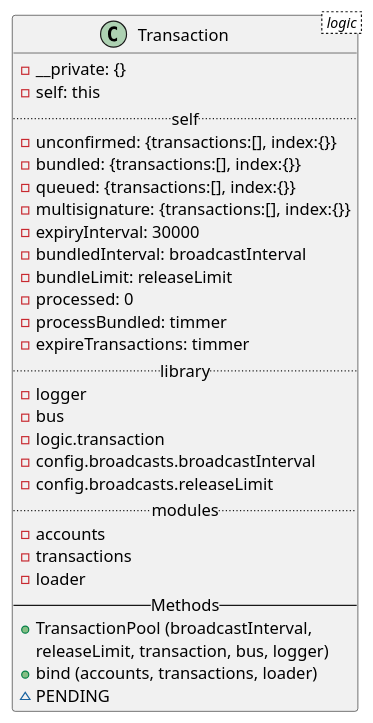
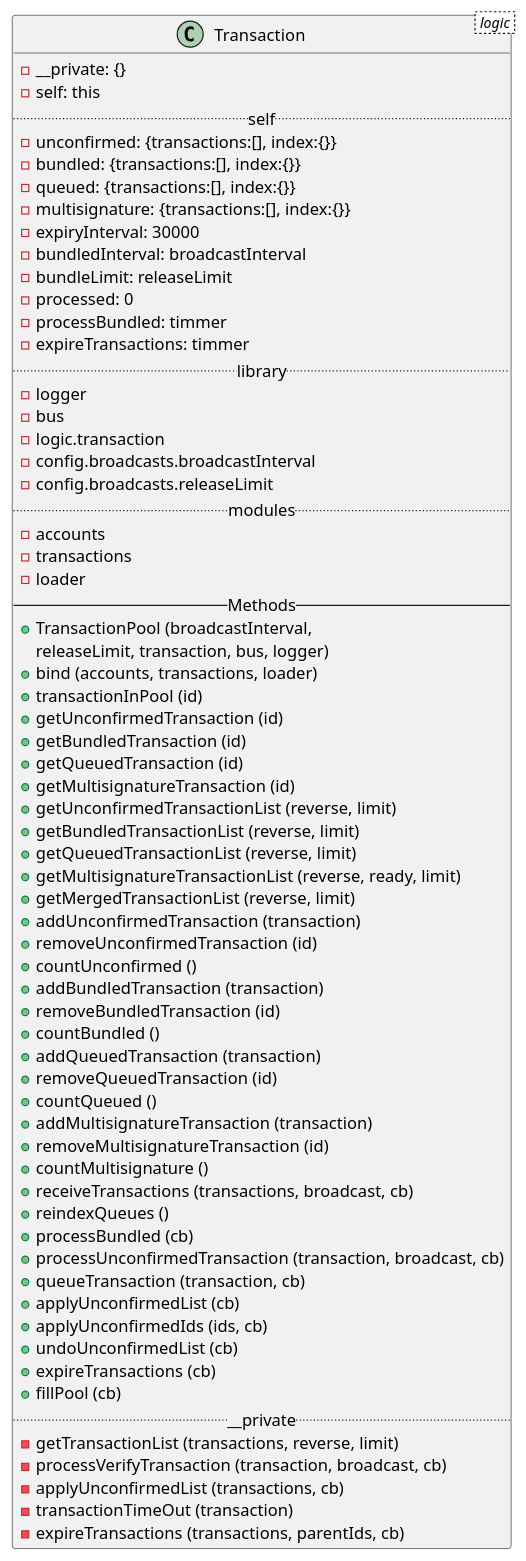
One commit to LucasIsasmendi/lisk-core-plantuml changed the diagram in class/classes/logic/transactionPool.puml. Above: the diagram before and after it, drawn with PlantUML. The commit also changed 14 other files, not shown here.

```diff
--- a/class/classes/logic/transactionPool.puml
+++ b/class/classes/logic/transactionPool.puml
@@ -1,32 +1,69 @@
 @startuml
 class Transaction < logic > {
   - __private: {}
   - self: this
   .. self ..
   - unconfirmed: {transactions:[], index:{}}
   - bundled: {transactions:[], index:{}}
   - queued: {transactions:[], index:{}}
   - multisignature: {transactions:[], index:{}}
   - expiryInterval: 30000
   - bundledInterval: broadcastInterval
   - bundleLimit: releaseLimit
   - processed: 0
   - processBundled: timmer
   - expireTransactions: timmer
   .. library ..
   - logger
   - bus
   - logic.transaction
   - config.broadcasts.broadcastInterval
   - config.broadcasts.releaseLimit
   .. modules ..
   - accounts
   - transactions
   - loader
   -- Methods --
   + TransactionPool (broadcastInterval,
   releaseLimit, transaction, bus, logger)
   + bind (accounts, transactions, loader)
-  ~ PENDING
+  + transactionInPool (id)
+  + getUnconfirmedTransaction (id)
+  + getBundledTransaction (id)
+  + getQueuedTransaction (id)
+  + getMultisignatureTransaction (id)
+  + getUnconfirmedTransactionList (reverse, limit)
+  + getBundledTransactionList (reverse, limit)
+  + getQueuedTransactionList (reverse, limit)
+  + getMultisignatureTransactionList (reverse, ready, limit)
+  + getMergedTransactionList (reverse, limit)
+  + addUnconfirmedTransaction (transaction)
+  + removeUnconfirmedTransaction (id)
+  + countUnconfirmed ()
+  + addBundledTransaction (transaction)
+  + removeBundledTransaction (id)
+  + countBundled ()
+  + addQueuedTransaction (transaction)
+  + removeQueuedTransaction (id)
+  + countQueued ()
+  + addMultisignatureTransaction (transaction)
+  + removeMultisignatureTransaction (id)
+  + countMultisignature ()
+  + receiveTransactions (transactions, broadcast, cb)
+  + reindexQueues ()
+  + processBundled (cb)
+  + processUnconfirmedTransaction (transaction, broadcast, cb)
+  + queueTransaction (transaction, cb)
+  + applyUnconfirmedList (cb)
+  + applyUnconfirmedIds (ids, cb)
+  + undoUnconfirmedList (cb)
+  + expireTransactions (cb)
+  + fillPool (cb)
+  .. __private ..
+  - getTransactionList (transactions, reverse, limit)
+  - processVerifyTransaction (transaction, broadcast, cb)
+  - applyUnconfirmedList (transactions, cb)
+  - transactionTimeOut (transaction)
+  - expireTransactions (transactions, parentIds, cb)
 }
 @endtuml
```
